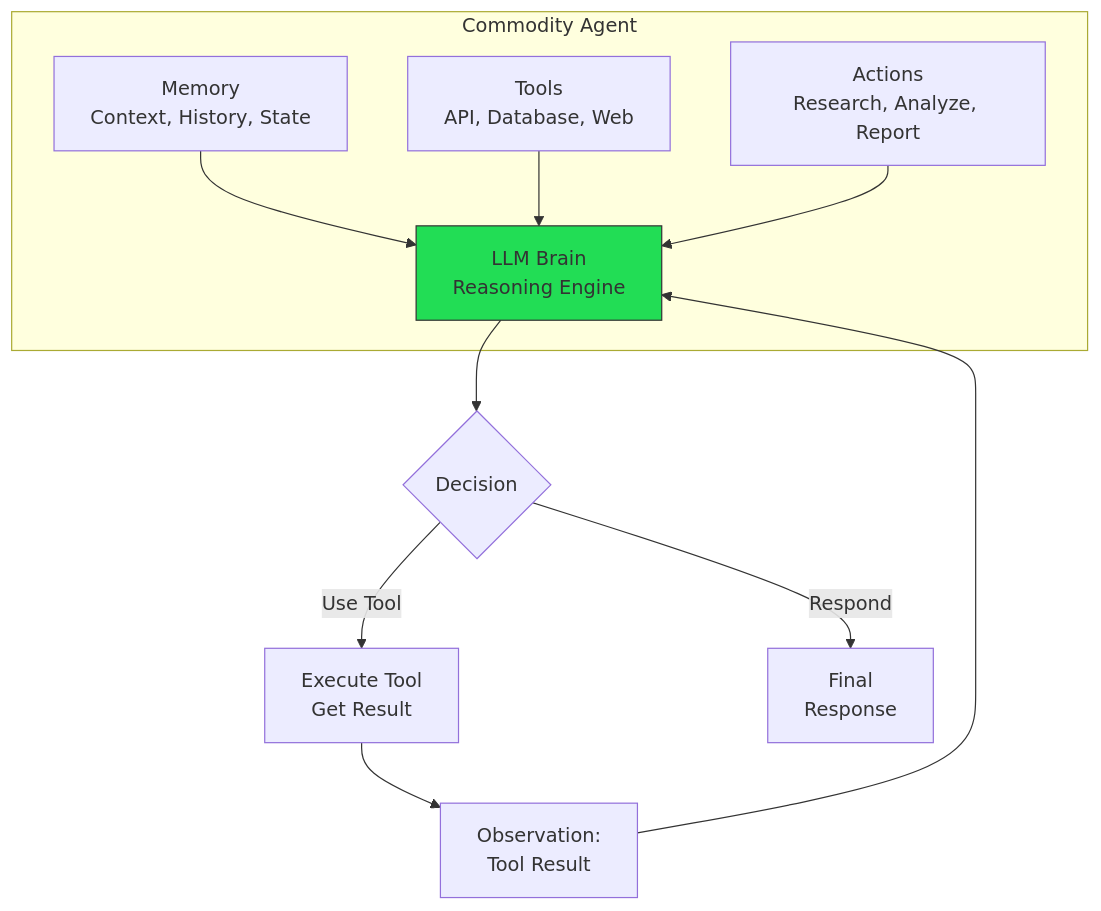
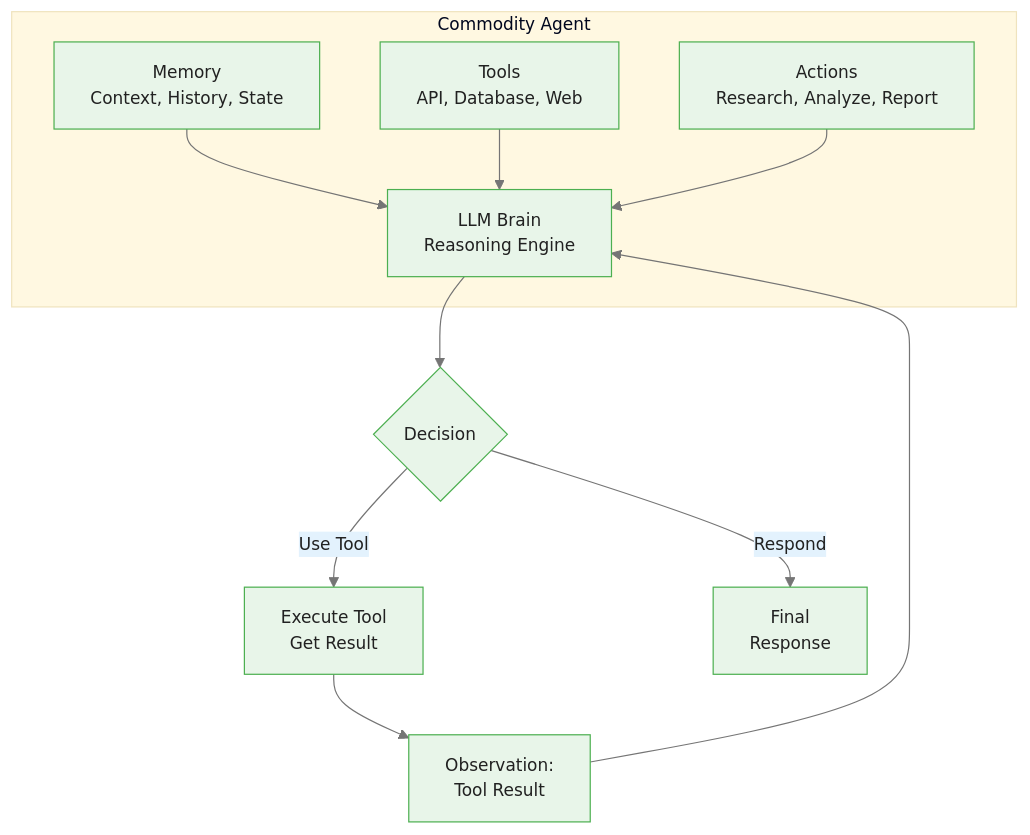
Before and after one commit to m-deane/course-creator: the first of 7 diagrams in courses/genai-commodities/modules/module_06_production/guides/01_commodity_agents_slides.md, drawn with Mermaid. The commit also changed other lines of this file and 84 other files, not shown here.

````diff
--- a/courses/genai-commodities/modules/module_06_production/guides/01_commodity_agents_slides.md
+++ b/courses/genai-commodities/modules/module_06_production/guides/01_commodity_agents_slides.md
@@ -22,17 +22,16 @@
 ```mermaid
+%%{init: {"theme": "base", "themeVariables": {"primaryColor": "#e8f5e9", "primaryBorderColor": "#4caf50", "primaryTextColor": "#212121", "secondaryColor": "#e3f2fd", "tertiaryColor": "#fff8e1", "lineColor": "#757575", "fontFamily": "Inter, sans-serif", "fontSize": "14px"}}}%%
 flowchart TD
     subgraph Agent["Commodity Agent"]
         A[Memory<br/>Context, History, State] --> D[LLM Brain<br/>Reasoning Engine]
         B[Tools<br/>API, Database, Web] --> D
         C[Actions<br/>Research, Analyze, Report] --> D
     end
 
     D --> E{Decision}
     E -->|Use Tool| F[Execute Tool<br/>Get Result]
     E -->|Respond| G[Final<br/>Response]
 
     F --> H[Observation:<br/>Tool Result]
     H --> D
-
-    style D fill:#2d5,stroke:#333
 ```
````
